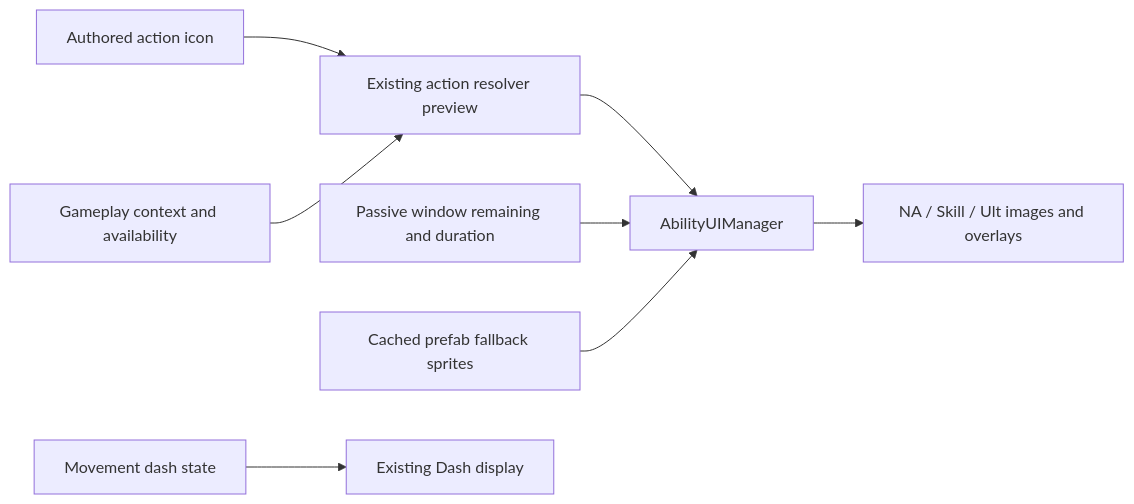
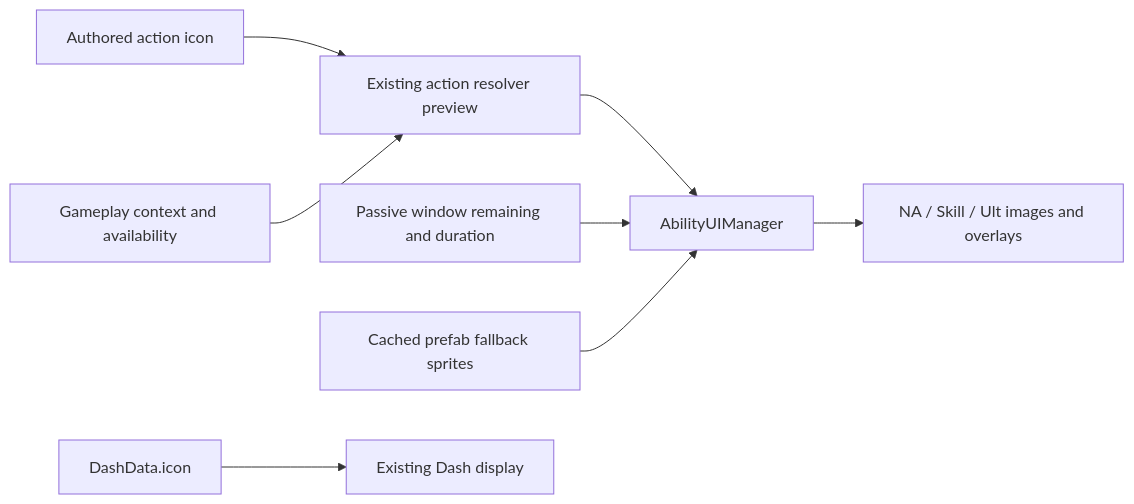
One commit to NattaponKhuenkeaw/Thesis_ changed the diagram in Docs_JJK/3_Outputs/Specs/action-window-icons-arch-plan.md. Above: the diagram before and after it, drawn with Mermaid. The commit also changed other lines of this file and 274 other files, not shown here.

````diff
--- a/Docs_JJK/3_Outputs/Specs/action-window-icons-arch-plan.md
+++ b/Docs_JJK/3_Outputs/Specs/action-window-icons-arch-plan.md
@@ -29,10 +34,10 @@
 ```mermaid
 flowchart LR
     A[Authored action icon] --> R[Existing action resolver preview]
     G[Gameplay context and availability] --> R
     R --> U[AbilityUIManager]
     W[Passive window remaining and duration] --> U
     F[Cached prefab fallback sprites] --> U
     U --> H[NA / Skill / Ult images and overlays]
-    D[Movement dash state] --> S[Existing Dash display]
+    D[DashData.icon] --> S[Existing Dash display]
 ```
````
